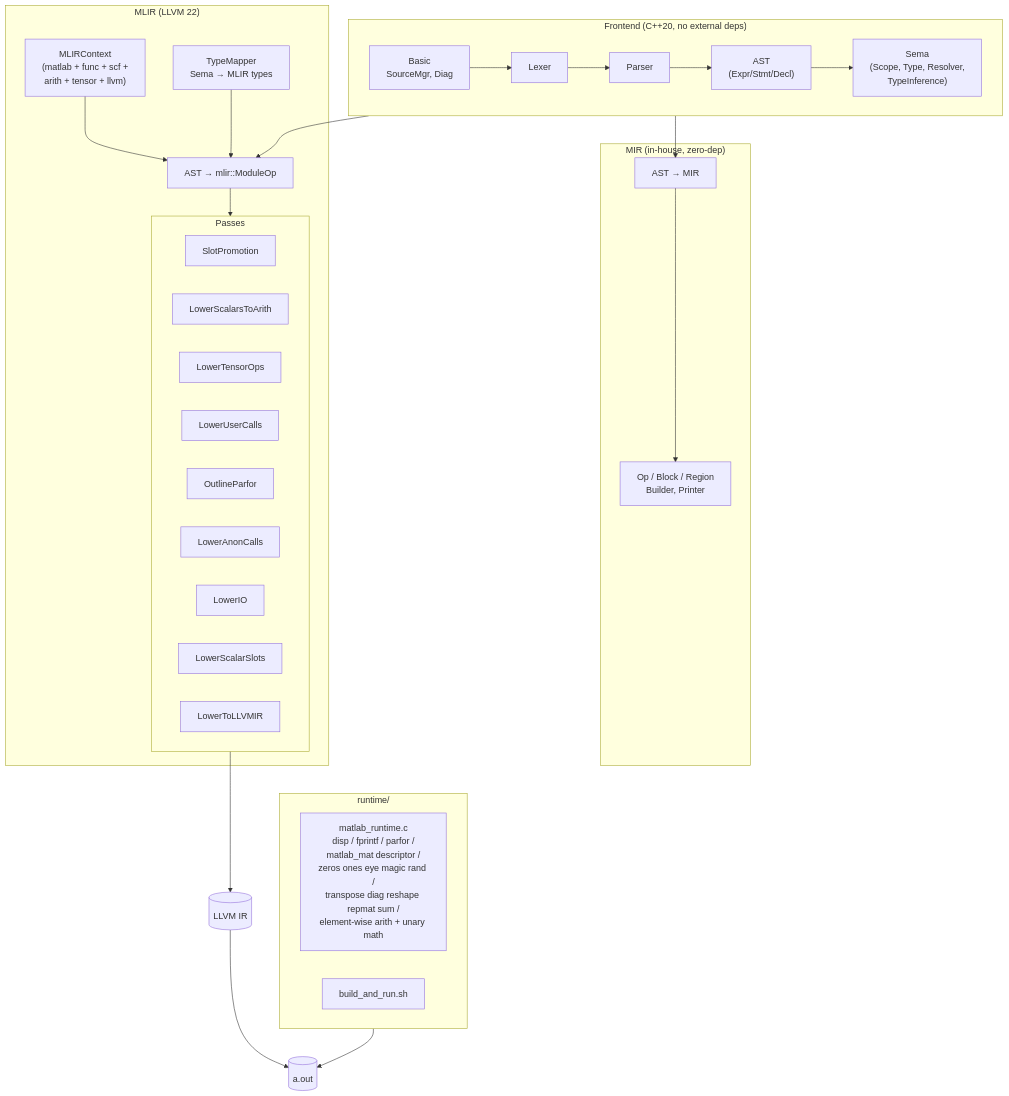
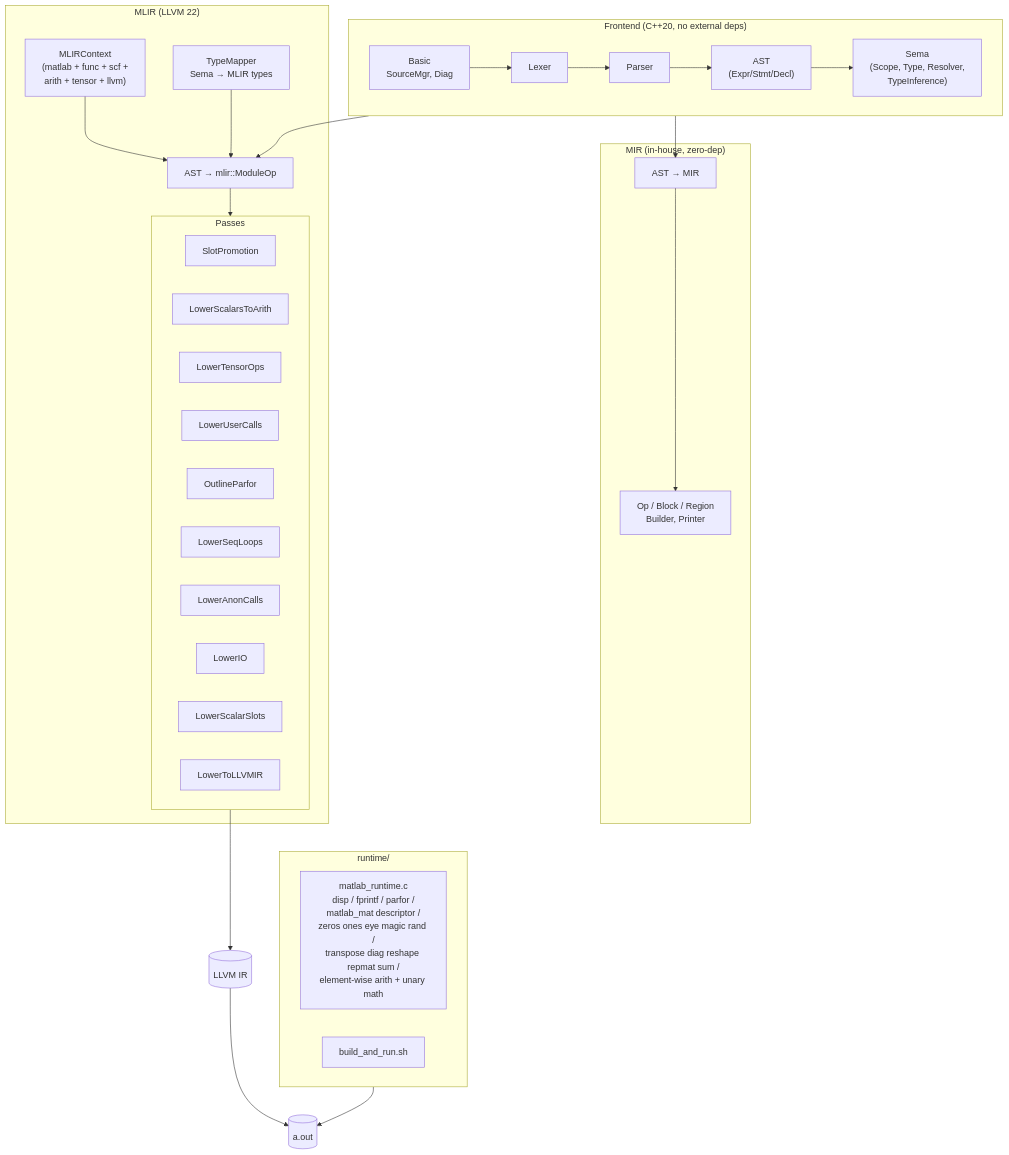
Before and after one commit to leonardoaraujosantos/matlab_llvm: the second of 4 diagrams in README.md, drawn with Mermaid. The commit also changed other lines of this file, not shown here.

First line of the commit message:
docs: sync README after sequential loops, handles, multi-recursion, nargout, implicit display

````diff
--- a/README.md
+++ b/README.md
@@ -152,48 +179,49 @@
 ```mermaid
 flowchart TD
   subgraph Frontend["Frontend (C++20, no external deps)"]
     direction LR
     Basic["Basic<br/>SourceMgr, Diag"]
     Lex[Lexer]
     Parse[Parser]
     AST["AST<br/>(Expr/Stmt/Decl)"]
     Sema["Sema<br/>(Scope, Type, Resolver,<br/>TypeInference)"]
     Basic --> Lex --> Parse --> AST --> Sema
   end
 
   subgraph MIRB["MIR (in-house, zero-dep)"]
     MIR["Op / Block / Region<br/>Builder, Printer"]
     Lowering1["AST → MIR"]
   end
 
   subgraph MLIRB["MLIR (LLVM 22)"]
     Context["MLIRContext<br/>(matlab + func + scf +<br/>arith + tensor + llvm)"]
     TypeMap["TypeMapper<br/>Sema → MLIR types"]
     Lowering2["AST → mlir::ModuleOp"]
     subgraph Passes["Passes"]
       SP[SlotPromotion]
       LSA[LowerScalarsToArith]
       LTO[LowerTensorOps]
       LUC[LowerUserCalls]
       LPF[OutlineParfor]
+      LSL[LowerSeqLoops]
       LAC[LowerAnonCalls]
       LIO[LowerIO]
       LSS[LowerScalarSlots]
       LTL[LowerToLLVMIR]
     end
     Context --> Lowering2 --> Passes
   end
 
   subgraph RT["runtime/"]
     direction LR
     Shim["matlab_runtime.c<br/>disp / fprintf / parfor /<br/>matlab_mat descriptor /<br/>zeros ones eye magic rand /<br/>transpose diag reshape repmat sum /<br/>element-wise arith + unary math"]
     Build["build_and_run.sh"]
   end
 
   Sema --> Lowering1 --> MIR
   Sema --> Lowering2
   TypeMap --> Lowering2
   Passes --> LLVMIR[("LLVM IR")]
   Shim --> Exe
   LLVMIR --> Exe[("a.out")]
 ```
````
